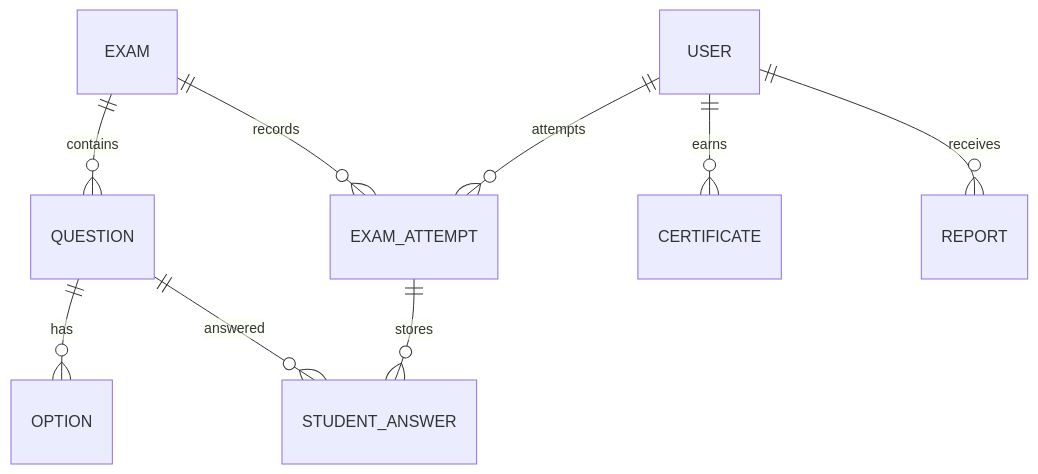
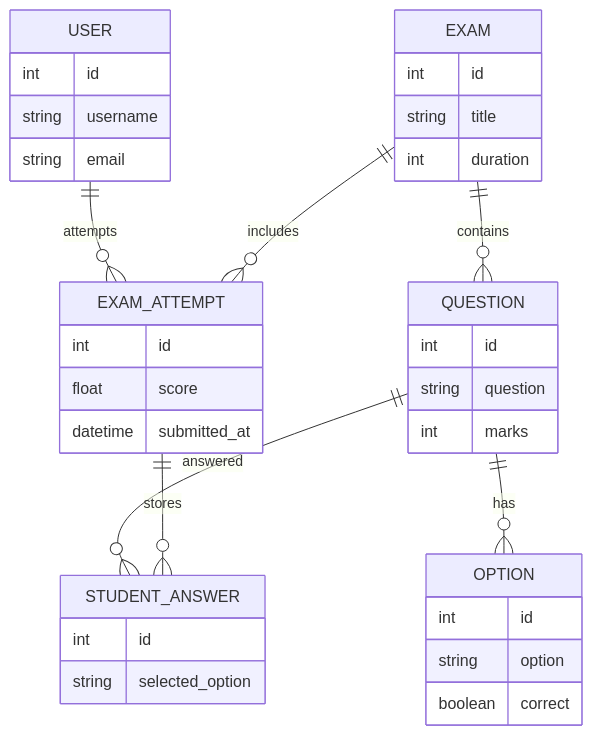
Before and after one commit to Venumohan004/AI-Exam-Portal: the second of 6 diagrams in README.md, drawn with Mermaid. The commit also changed other lines of this file, not shown here.

````diff
--- a/README.md
+++ b/README.md
@@ -1140,12 +275,50 @@
 ```mermaid
 erDiagram
 
 USER ||--o{ EXAM_ATTEMPT : attempts
+
+USER {
+int id
+string username
+string email
+}
+
+EXAM {
+int id
+string title
+int duration
+}
+
+QUESTION {
+int id
+string question
+int marks
+}
+
+OPTION {
+int id
+string option
+boolean correct
+}
+
+EXAM_ATTEMPT {
+int id
+float score
+datetime submitted_at
+}
+
+STUDENT_ANSWER {
+int id
+string selected_option
+}
+
 EXAM ||--o{ QUESTION : contains
+
 QUESTION ||--o{ OPTION : has
+
+EXAM ||--o{ EXAM_ATTEMPT : includes
+
 QUESTION ||--o{ STUDENT_ANSWER : answered
-EXAM ||--o{ EXAM_ATTEMPT : records
+
 EXAM_ATTEMPT ||--o{ STUDENT_ANSWER : stores
-USER ||--o{ CERTIFICATE : earns
-USER ||--o{ REPORT : receives
 ```
````
